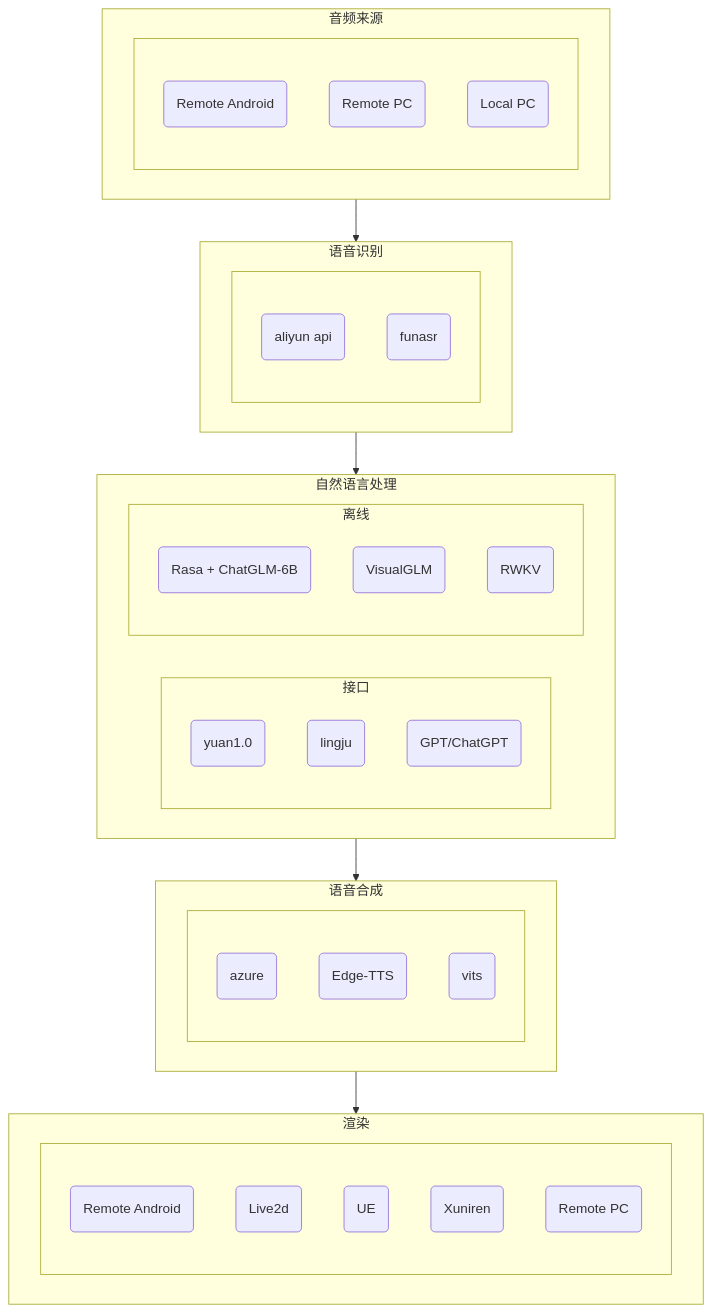
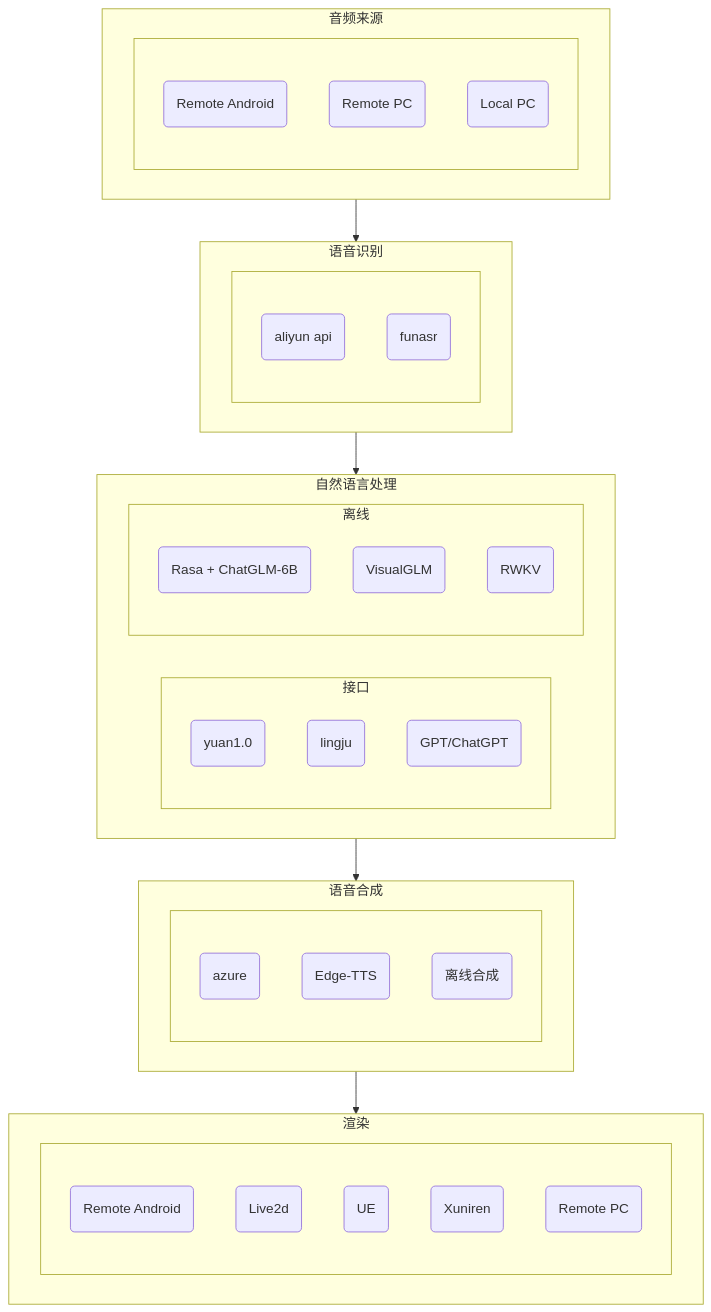
The diagram in fay.md (Luckyyaheen/testmd), drawn with Mermaid before and after one commit. The commit also changed other lines of this file, not shown here.

````diff
--- a/fay.md
+++ b/fay.md
@@ -26,75 +24,73 @@
 ```mermaid
 flowchart TB
 
     subgraph 音频来源
         subgraph  
             aa("Remote Android")
             cc("Remote PC")
             bb("Local PC")
         end
     end
 
     subgraph 语音识别
     	subgraph   
             aliyun("aliyun api")
             funasr("funasr")  
 		    click funasr href "https://www.bilibili.com/video/BV1qs4y1g74e" "Open this in a new tab" _blank
-
           
         end
     end
-
-    
+ 
 
     subgraph 自然语言处理
      subgraph 接口
 
      eighta("yuan1.0")
      eightb("lingju")
 	 click eightb href "https://www.bilibili.com/video/BV1NW4y1D76a/" "Open this in a new tab" _blank
 
      eightc("GPT/ChatGPT")
 	 click eightc href "https://www.bilibili.com/video/BV1Dg4y1V7pn" "Open this in a new tab" _blank
         
      end
     subgraph 离线
       eightd("Rasa + ChatGLM-6B")
 	  click eightd href "https://www.bilibili.com/video/BV1D14y1f7pr" "Open this in a new tab" _blank
       eighte("VisualGLM")
 	  click eighte href "https://www.bilibili.com/video/BV1mP411Q7mj" "Open this in a new tab" _blank
       eightf("RWKV")
 	  click eightf href "https://www.bilibili.com/video/BV1yu41157zB" "Open this in a new tab" _blank
 
       end
     end
 
     subgraph 语音合成
     	subgraph  
             seven_az("azure")
             seven_edg("Edge-TTS")
-            seven_vi("vits")
+            seven_vi("离线合成")
          end
     end
 
     subgraph 渲染
     	subgraph  
             sixa("Remote Android")
 		    click sixa href "https://www.bilibili.com/video/BV1FF411X7sW/?spm_id_from=333.788&vd_source=1364af6ac23a05600acd8f8415936944" "Open this in a new tab" _blank
             sixb("Live2d")
 		    click sixb href "https://www.bilibili.com/video/BV1sx4y1d775/?vd_source=564eede213b9ddfa9a10f12e5350fd64" "Open this in a new tab" _blank
             sixc("UE")
 		    click sixc href "https://www.bilibili.com/read/cv25133736" "Open this in a new tab" _blank
             sixd("Xuniren")
 		    click sixd href "https://www.bilibili.com/read/cv24997550" "Open this in a new tab" _blank
             sixe("Remote PC")
 		    click sixe "https://www.bilibili.com/video/BV1FF411X7sW/?spm_id_from=333.788&vd_source=1364af6ac23a05600acd8f8415936944" _blank
          end
     end
 
 
     
-	音频来源 --> 语音识别
+    音频来源 --> 语音识别
     语音识别 --> 自然语言处理
     自然语言处理 --> 语音合成
     语音合成 --> 渲染
 ```
````
